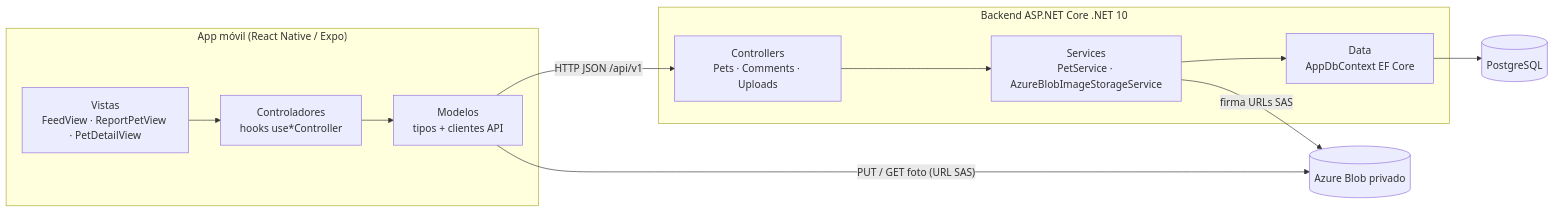
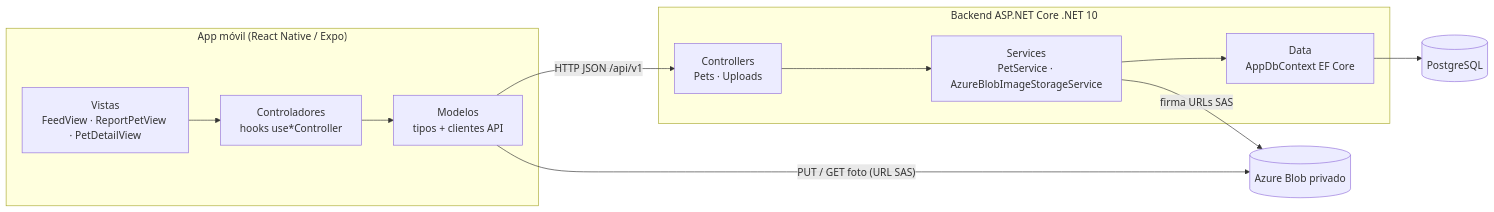
One commit to ArmandoGJ21/RegresaACasa changed the first of 2 diagrams in docs/arquitectura.md. Above: the diagram before and after it, drawn with Mermaid. The commit also changed other lines of this file and 30 other files, not shown here.

````diff
--- a/docs/arquitectura.md
+++ b/docs/arquitectura.md
@@ -20,21 +20,21 @@
 ```mermaid
 flowchart LR
     subgraph Movil["App móvil (React Native / Expo)"]
         V[Vistas<br/>FeedView · ReportPetView · PetDetailView]
         C[Controladores<br/>hooks use*Controller]
         M[Modelos<br/>tipos + clientes API]
         V --> C --> M
     end
 
     subgraph API["Backend ASP.NET Core .NET 10"]
-        CT[Controllers<br/>Pets · Comments · Uploads]
+        CT[Controllers<br/>Pets · Uploads]
         S[Services<br/>PetService · AzureBlobImageStorageService]
         D[Data<br/>AppDbContext EF Core]
         CT --> S --> D
     end
 
     M -- "HTTP JSON /api/v1" --> CT
     M -- "PUT / GET foto (URL SAS)" --> Blob[(Azure Blob privado)]
     S -- "firma URLs SAS" --> Blob
     D --> DB[(PostgreSQL)]
 ```
````
